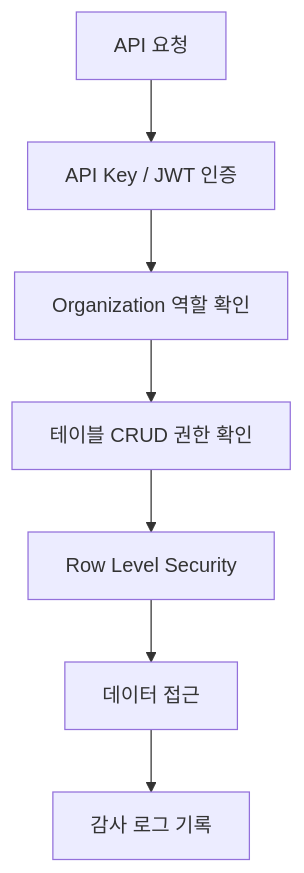
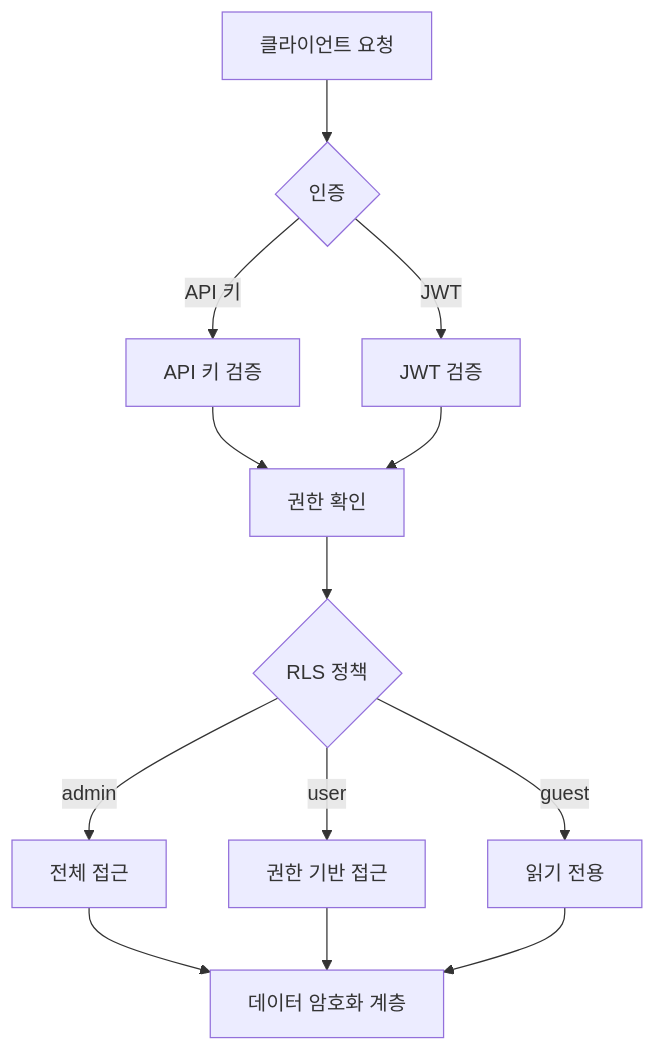
One commit to popup-studio-ai/bkend-docs changed the diagram in ko/security/01-overview.md. Above: the diagram before and after it, drawn with Mermaid. The commit also changed other lines of this file and 186 other files, not shown here.

````diff
--- a/ko/security/01-overview.md
+++ b/ko/security/01-overview.md
@@ -13,9 +11,15 @@
 ```mermaid
 flowchart TD
-    A[API 요청] --> B[API Key / JWT 인증]
-    B --> C[Organization 역할 확인]
-    C --> D[테이블 CRUD 권한 확인]
-    D --> E[Row Level Security]
-    E --> F[데이터 접근]
-    F --> G[감사 로그 기록]
+    A[클라이언트 요청] --> B{인증}
+    B -->|API 키| C[API 키 검증]
+    B -->|JWT| D[JWT 검증]
+    C --> E[권한 확인]
+    D --> E
+    E --> F{RLS 정책}
+    F -->|admin| G[전체 접근]
+    F -->|user| H[권한 기반 접근]
+    F -->|guest| I[읽기 전용]
+    G --> J[데이터 암호화 계층]
+    H --> J
+    I --> J
 ```
````
